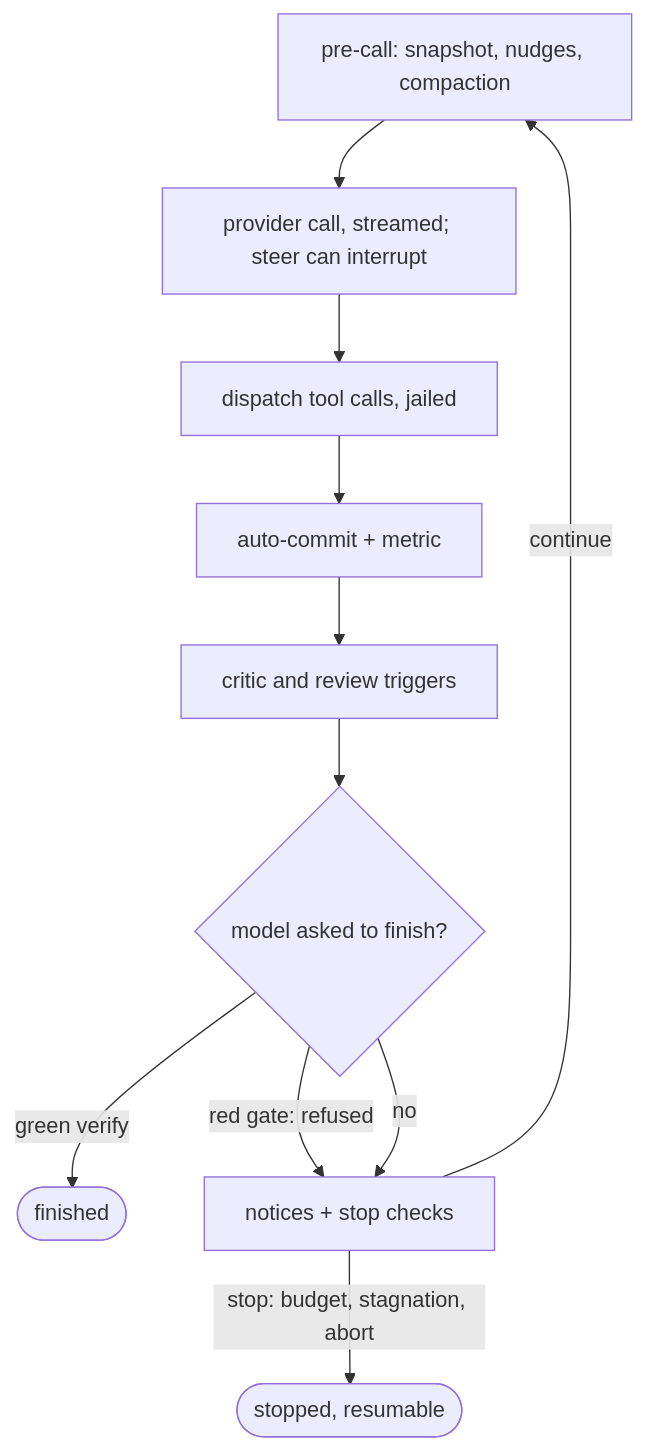
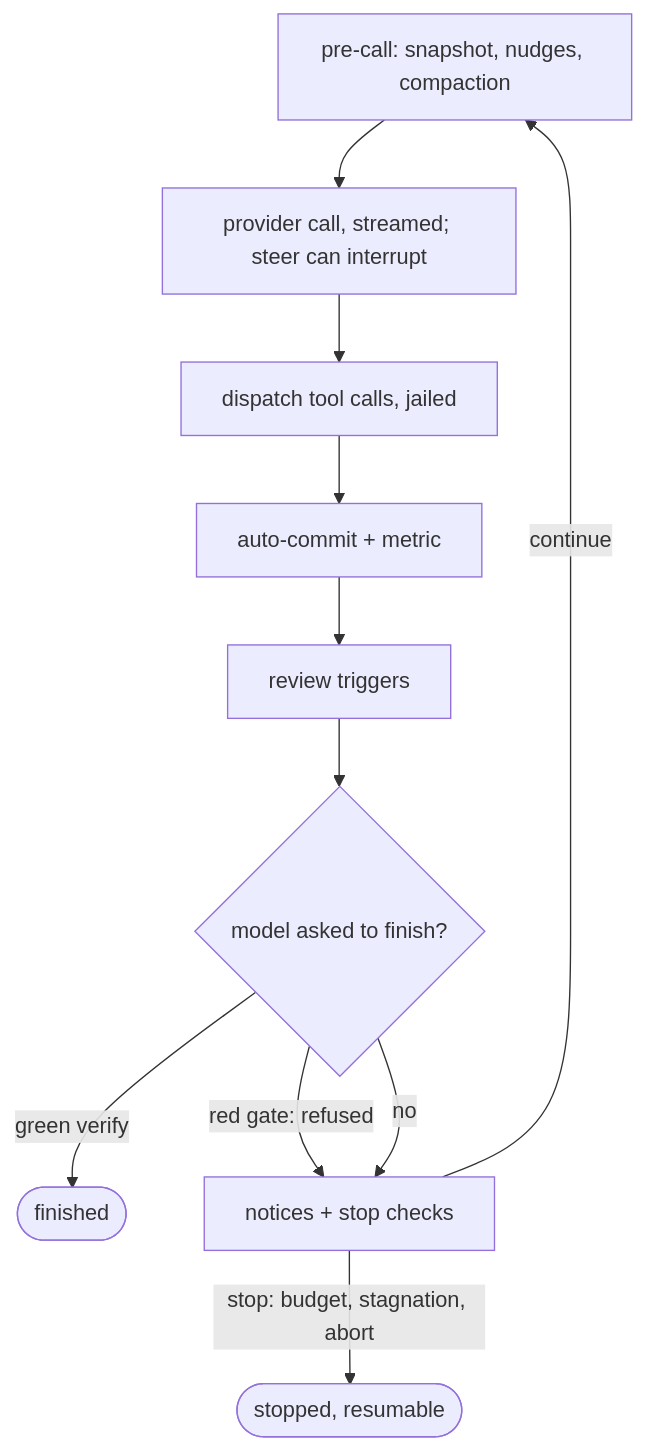
Before and after one commit to agent6-dev/agent6: the diagram in docs/internals_template.md, drawn with Mermaid. The commit also changed 32 other files, not shown here.

First line of the commit message:
refactor(workflows): review names the reviewer everywhere critic did

````diff
--- a/docs/internals_template.md
+++ b/docs/internals_template.md
@@ -34,13 +34,13 @@
 ```mermaid
 flowchart TD
     pre["pre-call: snapshot, nudges, compaction"] --> model["provider call, streamed; steer can interrupt"]
     model --> tools["dispatch tool calls, jailed"]
     tools --> commit["auto-commit + metric"]
-    commit --> critic["critic and review triggers"]
-    critic --> gates{"model asked to finish?"}
+    commit --> review["review triggers"]
+    review --> gates{"model asked to finish?"}
     gates -->|green verify| done(["finished"])
     gates -->|red gate: refused| notices["notices + stop checks"]
     gates -->|no| notices
     notices -->|stop: budget, stagnation, abort| stopped(["stopped, resumable"])
     notices -->|continue| pre
 ```
````
